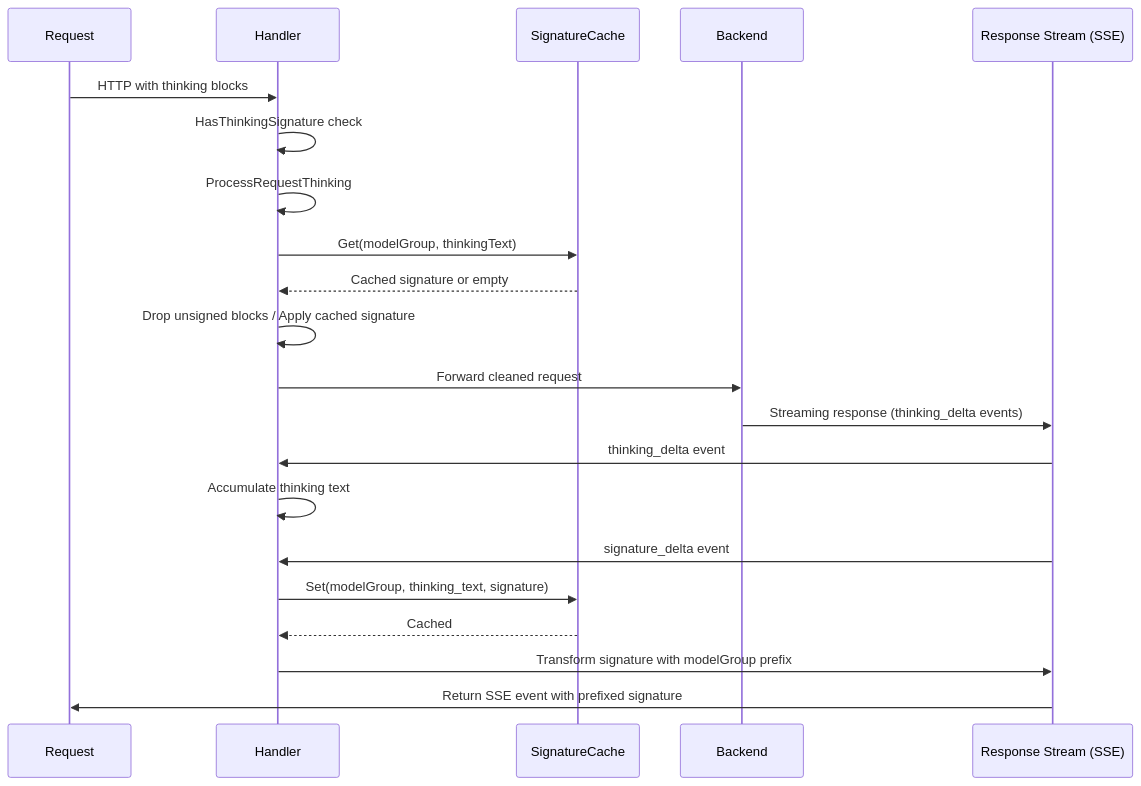
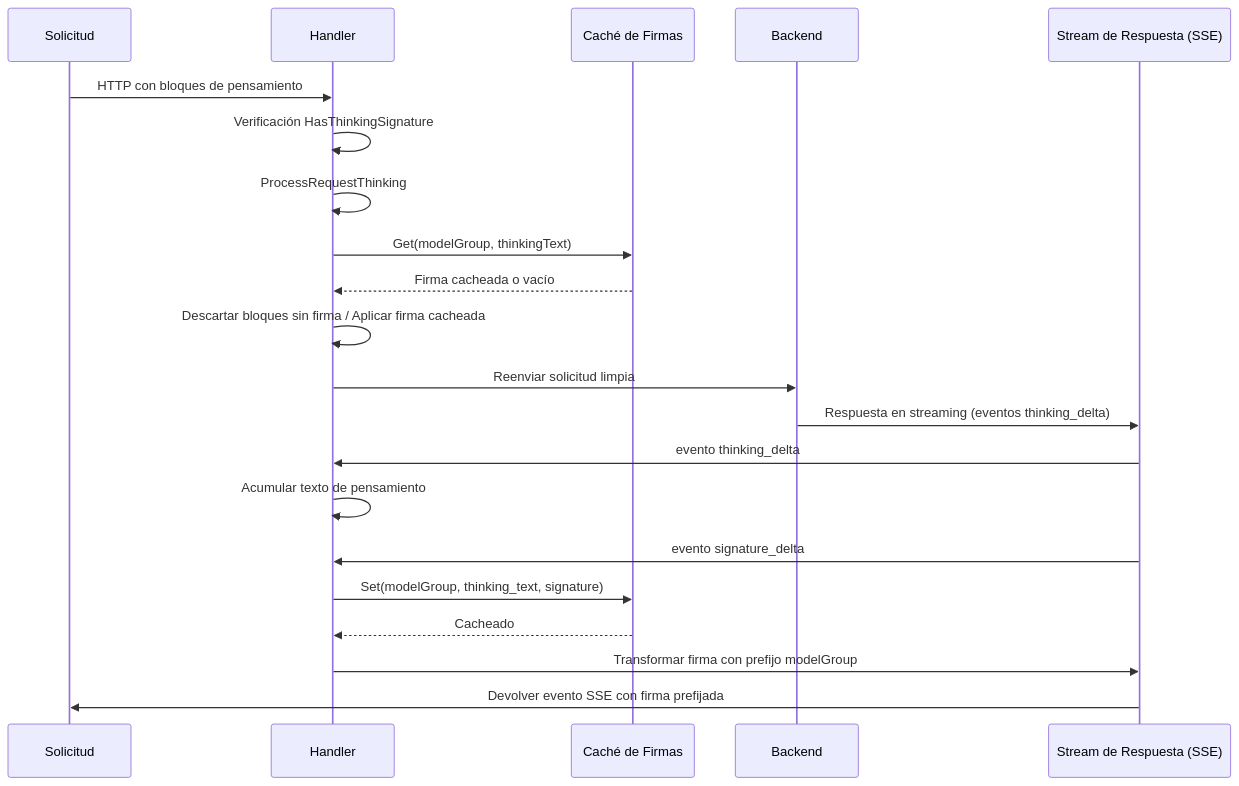
Before and after one commit to omarluq/cc-relay: the third of 5 diagrams in docs-site/content/es/docs/architecture.md, drawn with Mermaid. The commit also changed other lines of this file and 4 other files, not shown here.

First line of the commit message:
docs: translate architecture.md to all supported languages

````diff
--- a/docs-site/content/es/docs/architecture.md
+++ b/docs-site/content/es/docs/architecture.md
@@ -173,25 +173,25 @@
 ```mermaid
 sequenceDiagram
-    participant Request
+    participant Request as Solicitud
     participant Handler
-    participant SignatureCache
+    participant SignatureCache as Caché de Firmas
     participant Backend
-    participant ResponseStream as Response Stream (SSE)
+    participant ResponseStream as Stream de Respuesta (SSE)
 
-    Request->>Handler: HTTP with thinking blocks
-    Handler->>Handler: HasThinkingSignature check
+    Request->>Handler: HTTP con bloques de pensamiento
+    Handler->>Handler: Verificación HasThinkingSignature
     Handler->>Handler: ProcessRequestThinking
     Handler->>SignatureCache: Get(modelGroup, thinkingText)
-    SignatureCache-->>Handler: Cached signature or empty
-    Handler->>Handler: Drop unsigned blocks / Apply cached signature
-    Handler->>Backend: Forward cleaned request
+    SignatureCache-->>Handler: Firma cacheada o vacío
+    Handler->>Handler: Descartar bloques sin firma / Aplicar firma cacheada
+    Handler->>Backend: Reenviar solicitud limpia
 
-    Backend->>ResponseStream: Streaming response (thinking_delta events)
-    ResponseStream->>Handler: thinking_delta event
-    Handler->>Handler: Accumulate thinking text
-    ResponseStream->>Handler: signature_delta event
+    Backend->>ResponseStream: Respuesta en streaming (eventos thinking_delta)
+    ResponseStream->>Handler: evento thinking_delta
+    Handler->>Handler: Acumular texto de pensamiento
+    ResponseStream->>Handler: evento signature_delta
     Handler->>SignatureCache: Set(modelGroup, thinking_text, signature)
-    SignatureCache-->>Handler: Cached
-    Handler->>ResponseStream: Transform signature with modelGroup prefix
-    ResponseStream->>Request: Return SSE event with prefixed signature
+    SignatureCache-->>Handler: Cacheado
+    Handler->>ResponseStream: Transformar firma con prefijo modelGroup
+    ResponseStream->>Request: Devolver evento SSE con firma prefijada
 ```
````
